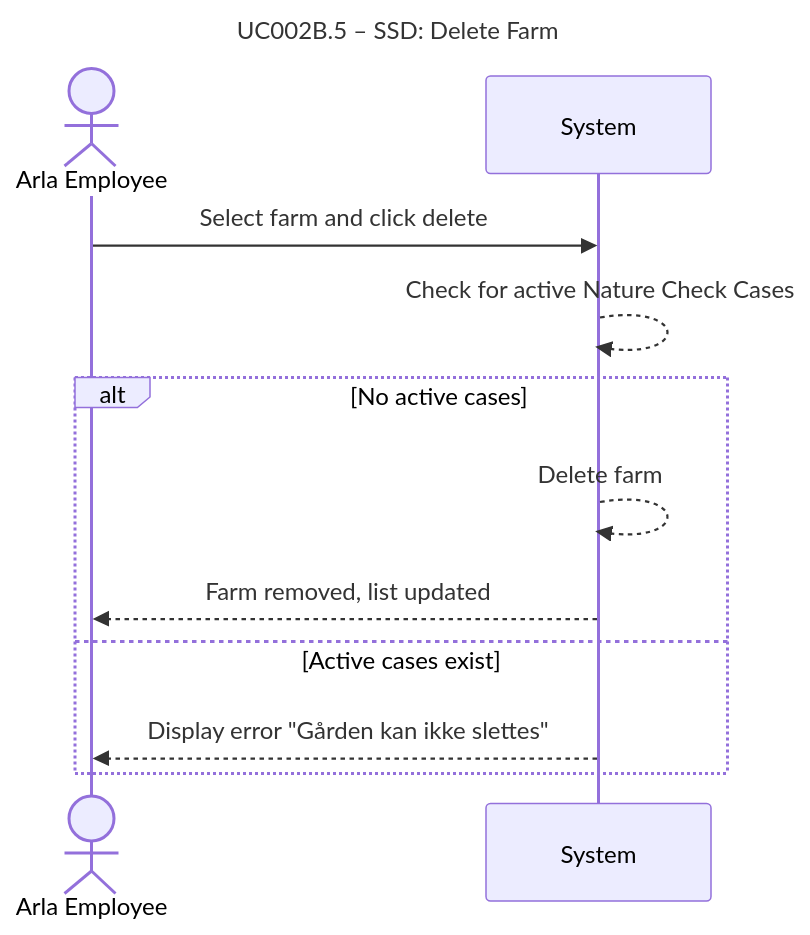
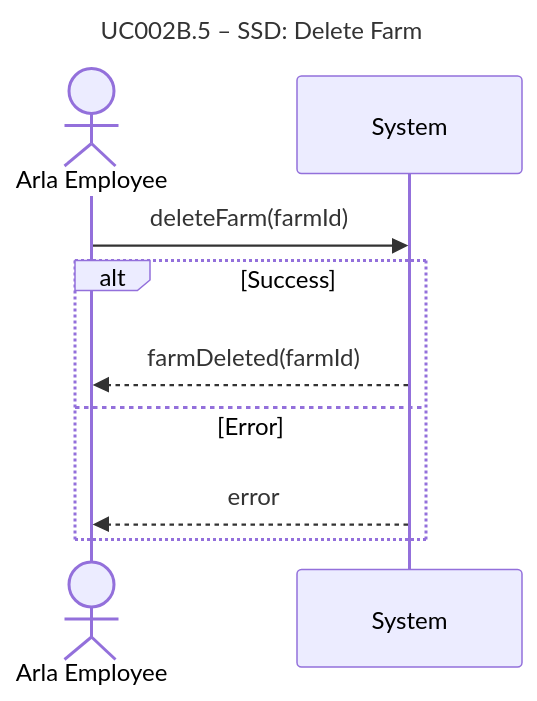
The diagram in docs/UseCase002B-AssignNatureCheckCase/UserStories/UC002B.5-DeleteFarm/UC002B.5-SSD.md (DMOoF25-TEAM11/ArlaNatureConnect), drawn with Mermaid before and after one commit. The commit also changed other lines of this file and 65 other files, not shown here.

Commit message:
Update of UML

````diff
--- a/docs/UseCase002B-AssignNatureCheckCase/UserStories/UC002B.5-DeleteFarm/UC002B.5-SSD.md
+++ b/docs/UseCase002B-AssignNatureCheckCase/UserStories/UC002B.5-DeleteFarm/UC002B.5-SSD.md
@@ -3,17 +5,14 @@
 ```mermaid
 sequenceDiagram
     title UC002B.5 – SSD: Delete Farm
 
     actor ArlaEmployee as Arla Employee
     participant System as System
 
-    ArlaEmployee ->> System: Select farm and click delete
-    System -->> System: Check for active Nature Check Cases
-    
-    alt No active cases
-        System -->> System: Delete farm
-        System -->> ArlaEmployee: Farm removed, list updated
-    else Active cases exist
-        System -->> ArlaEmployee: Display error "Gården kan ikke slettes"
+    ArlaEmployee ->> System: deleteFarm(farmId)
+    alt Success
+        System -->> ArlaEmployee: farmDeleted(farmId)
+    else Error
+        System -->> ArlaEmployee: error
     end
 ```
````
